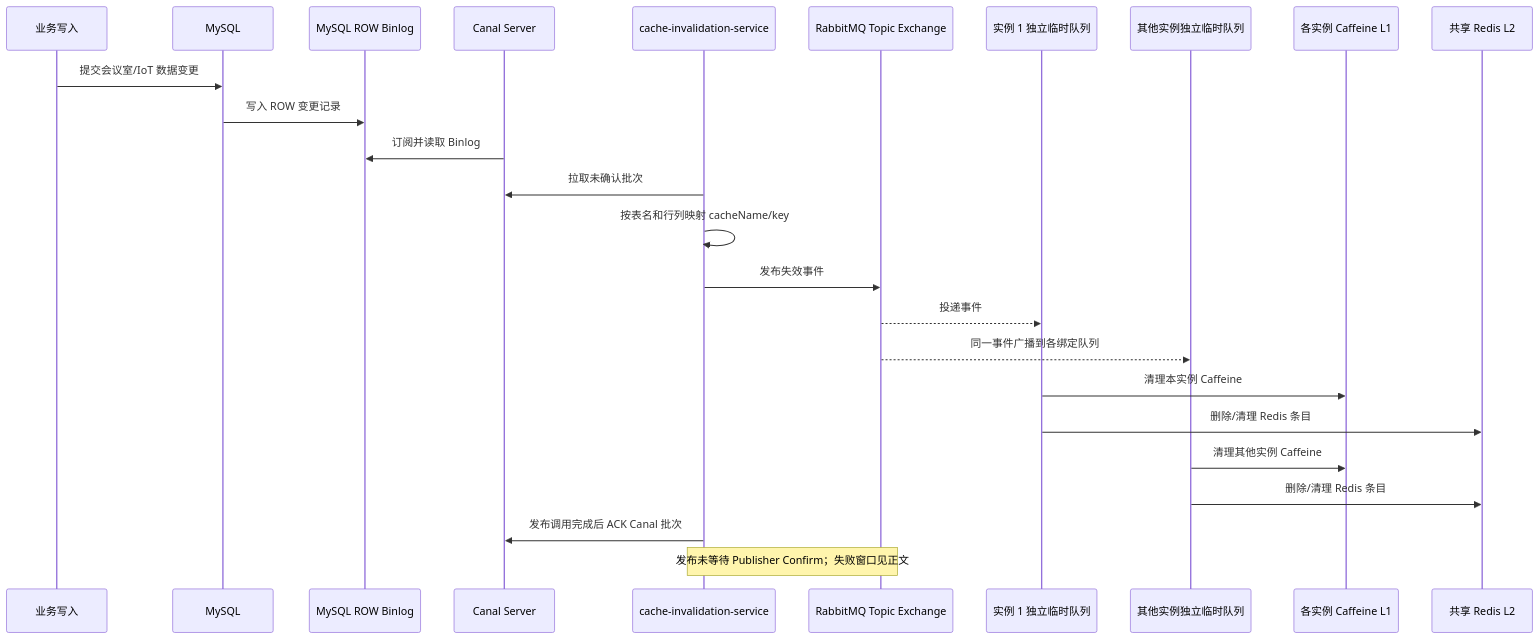
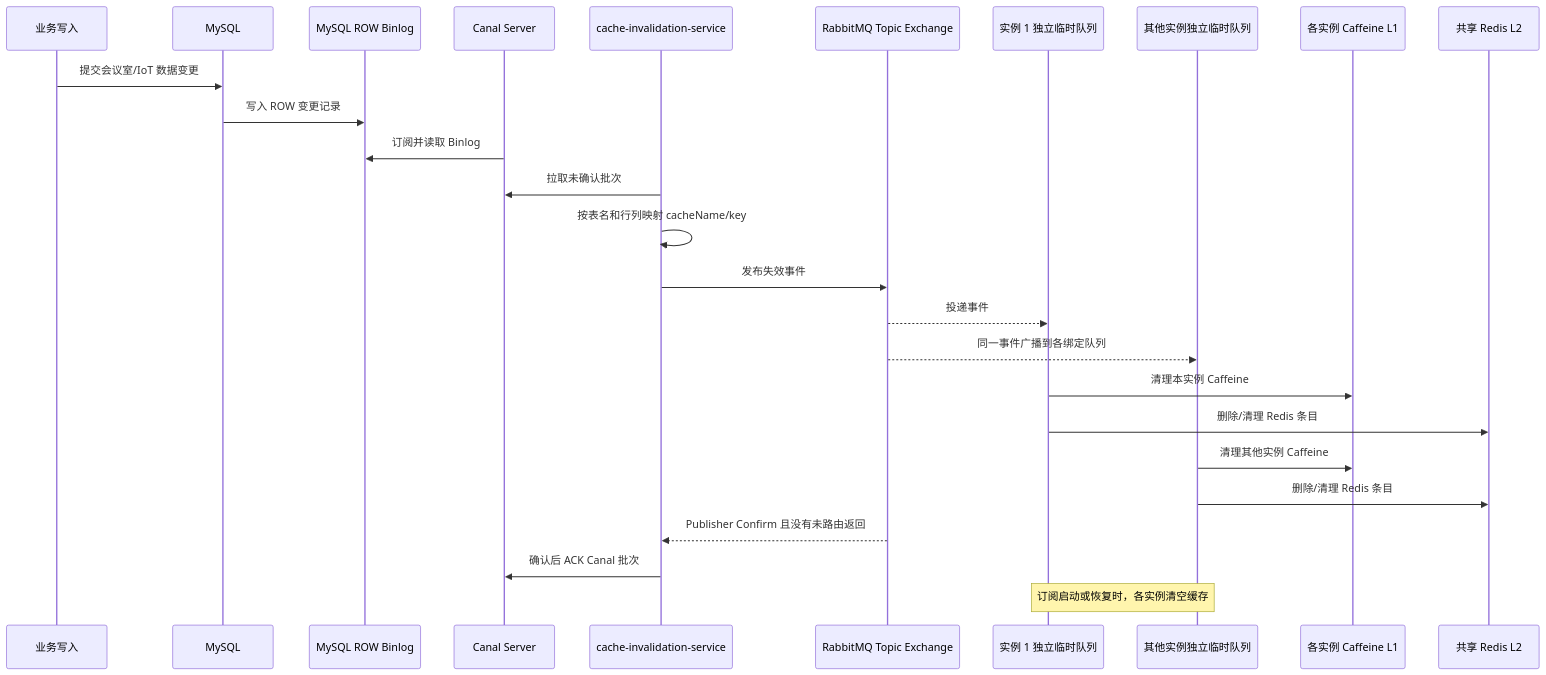
One commit to MrWittgenstein/meeting-room-system changed the seventh of 7 diagrams in docs/week9/ylshen-work-deliverables.md. Above: the diagram before and after it, drawn with Mermaid. The commit also changed other lines of this file and 42 other files, not shown here.

````diff
--- a/docs/week9/ylshen-work-deliverables.md
+++ b/docs/week9/ylshen-work-deliverables.md
@@ -332,27 +334,28 @@
 ```mermaid
 sequenceDiagram
     participant W as 业务写入
     participant DB as MySQL
     participant Binlog as MySQL ROW Binlog
     participant CS as Canal Server
     participant CI as cache-invalidation-service
     participant MQ as RabbitMQ Topic Exchange
     participant Q1 as 实例 1 独立临时队列
     participant QN as 其他实例独立临时队列
     participant L1 as 各实例 Caffeine L1
     participant L2 as 共享 Redis L2
     W->>DB: 提交会议室/IoT 数据变更
     DB->>Binlog: 写入 ROW 变更记录
     CS->>Binlog: 订阅并读取 Binlog
     CI->>CS: 拉取未确认批次
     CI->>CI: 按表名和行列映射 cacheName/key
     CI->>MQ: 发布失效事件
     MQ-->>Q1: 投递事件
     MQ-->>QN: 同一事件广播到各绑定队列
     Q1->>L1: 清理本实例 Caffeine
     Q1->>L2: 删除/清理 Redis 条目
     QN->>L1: 清理其他实例 Caffeine
     QN->>L2: 删除/清理 Redis 条目
-    CI->>CS: 发布调用完成后 ACK Canal 批次
-    Note over CI,MQ: 发布未等待 Publisher Confirm；失败窗口见正文
+    MQ-->>CI: Publisher Confirm 且没有未路由返回
+    CI->>CS: 确认后 ACK Canal 批次
+    Note over Q1,QN: 订阅启动或恢复时，各实例清空缓存
 ```
````
